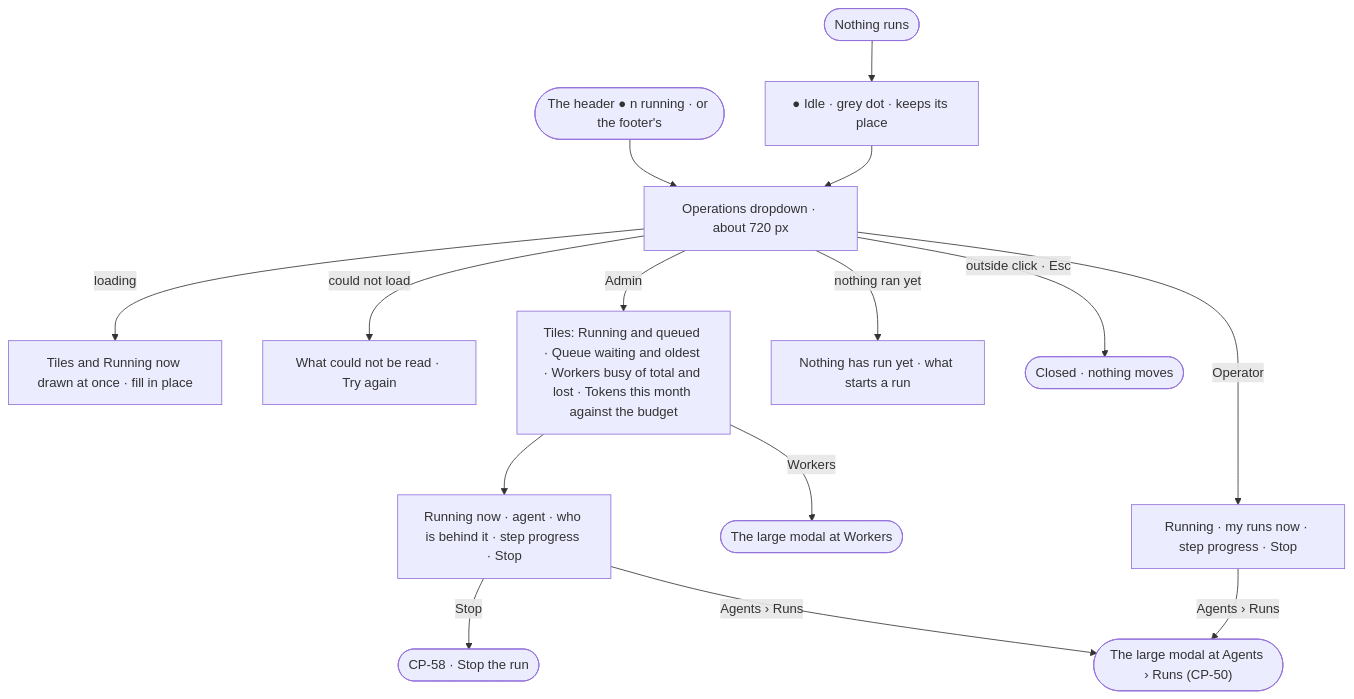
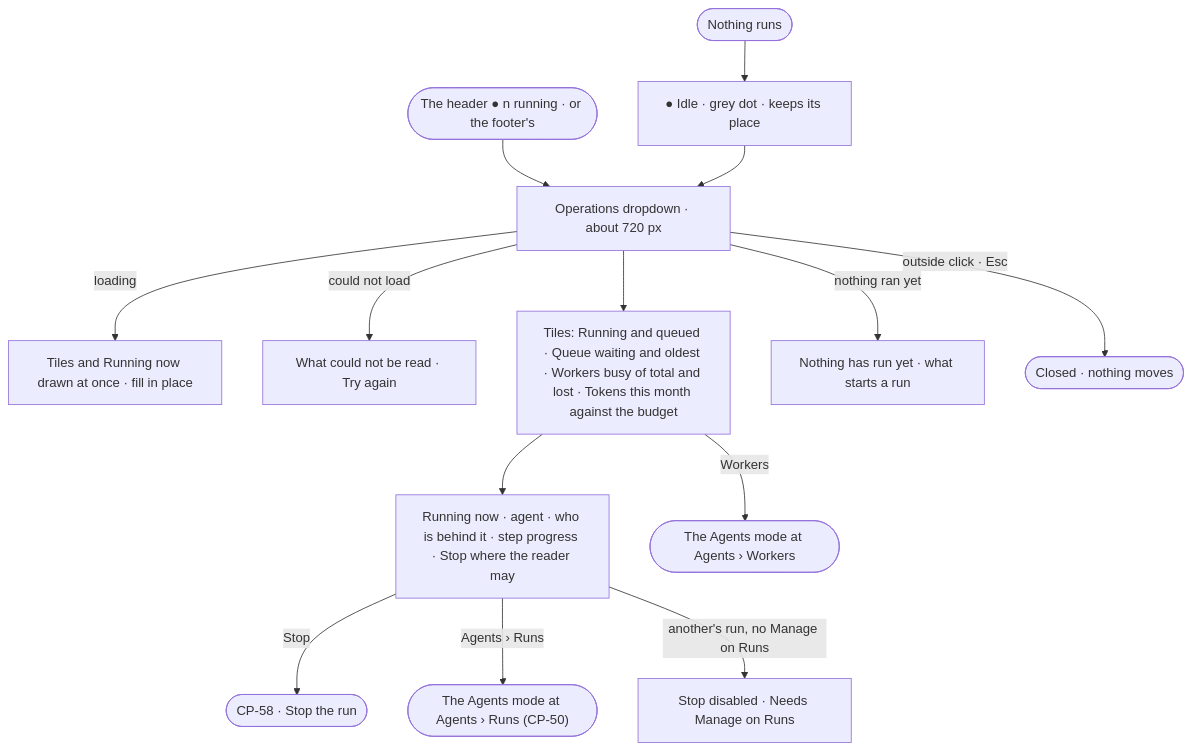
Before and after one commit to invana/invana: the diagram in specs/os/control/features/CP-F09-overview/stories/CP-70-see-what-the-deployment-is-doing-from-the-header/story.md, drawn with Mermaid. The commit also changed other lines of this file and 106 other files, not shown here.

First line of the commit message:
docs(specs): access policies replace roles; Agents mode; project access

````diff
--- a/specs/os/control/features/CP-F09-overview/stories/CP-70-see-what-the-deployment-is-doing-from-the-header/story.md
+++ b/specs/os/control/features/CP-F09-overview/stories/CP-70-see-what-the-deployment-is-doing-from-the-header/story.md
@@ -26,16 +26,15 @@
 ```mermaid
 flowchart TD
   h([The header ● n running · or the footer's]) --> d["Operations dropdown · about 720 px"]
   f([Nothing runs]) --> idle["● Idle · grey dot · keeps its place"] --> d
   d -->|loading| ld["Tiles and Running now drawn at once · fill in place"]
   d -->|could not load| fl["What could not be read · Try again"]
-  d -->|Admin| t["Tiles: Running and queued · Queue waiting and oldest · Workers busy of total and lost · Tokens this month against the budget"]
-  t --> run["Running now · agent · who is behind it · step progress · Stop"]
+  d --> t["Tiles: Running and queued · Queue waiting and oldest · Workers busy of total and lost · Tokens this month against the budget"]
+  t --> run["Running now · agent · who is behind it · step progress · Stop where the reader may"]
   run -->|Stop| st(["CP-58 · Stop the run"])
-  run -->|Agents › Runs| ar(["The large modal at Agents › Runs (CP-50)"])
-  t -->|Workers| so(["The large modal at Workers"])
-  d -->|Operator| op["Running · my runs now · step progress · Stop"]
-  op -->|Agents › Runs| ar
+  run -->|Agents › Runs| ar(["The Agents mode at Agents › Runs (CP-50)"])
+  t -->|Workers| so(["The Agents mode at Agents › Workers"])
+  run -->|another's run, no Manage on Runs| ns["Stop disabled · Needs Manage on Runs"]
   d -->|nothing ran yet| e["Nothing has run yet · what starts a run"]
   d -->|outside click · Esc| x(["Closed · nothing moves"])
 ```
````
